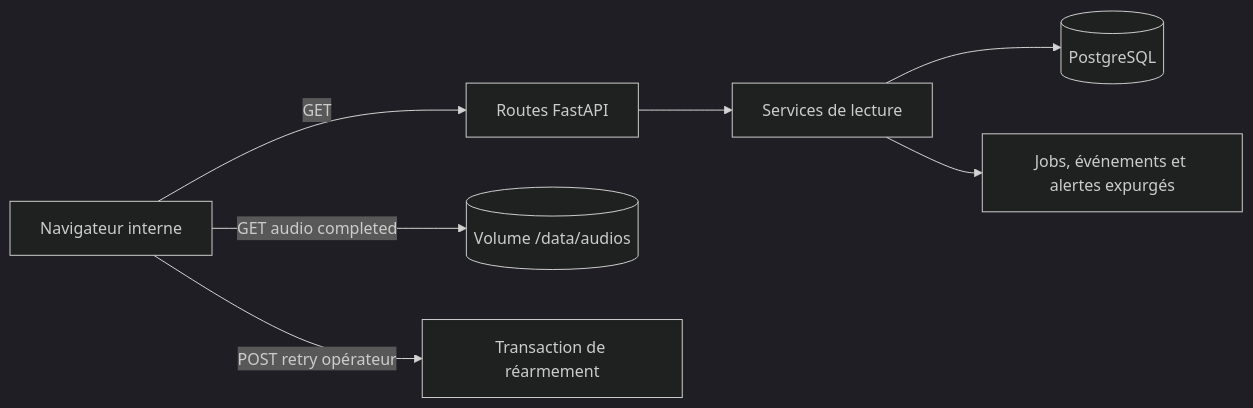
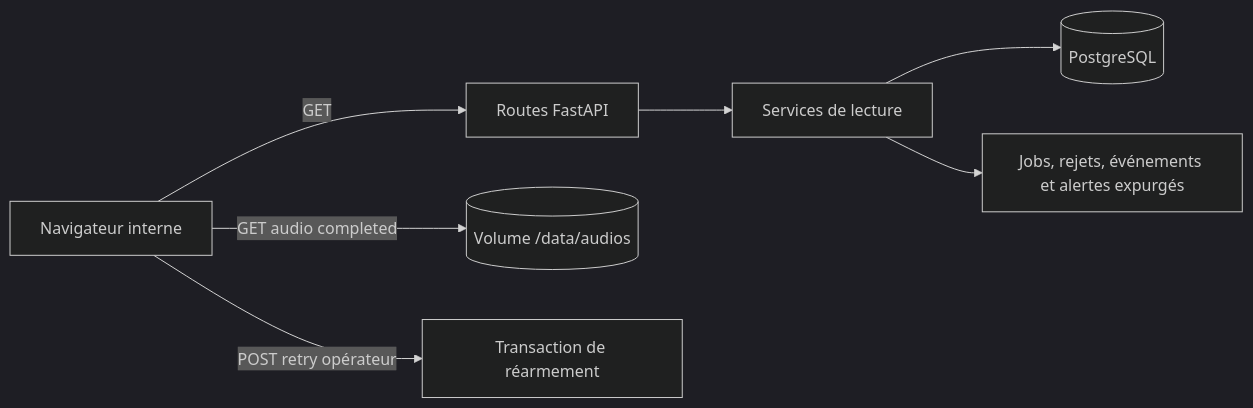
The first of 2 diagrams in apps/web/README.md (dev-vauclaire/mevo2glpi), drawn with Mermaid (dark theme) before and after one commit. The commit also changed other lines of this file and 64 other files, not shown here.

````diff
--- a/apps/web/README.md
+++ b/apps/web/README.md
@@ -96,9 +99,9 @@
 ```mermaid
 flowchart LR
     Browser[Navigateur interne] -->|GET| Routes[Routes FastAPI]
     Routes --> Queries[Services de lecture]
     Queries --> Database[(PostgreSQL)]
-    Queries --> Dashboard[Jobs, événements et alertes expurgés]
+    Queries --> Dashboard[Jobs, rejets, événements et alertes expurgés]
     Browser -->|GET audio completed| Storage[(Volume /data/audios)]
     Browser -->|POST retry opérateur| Retry[Transaction de réarmement]
 ```
````
